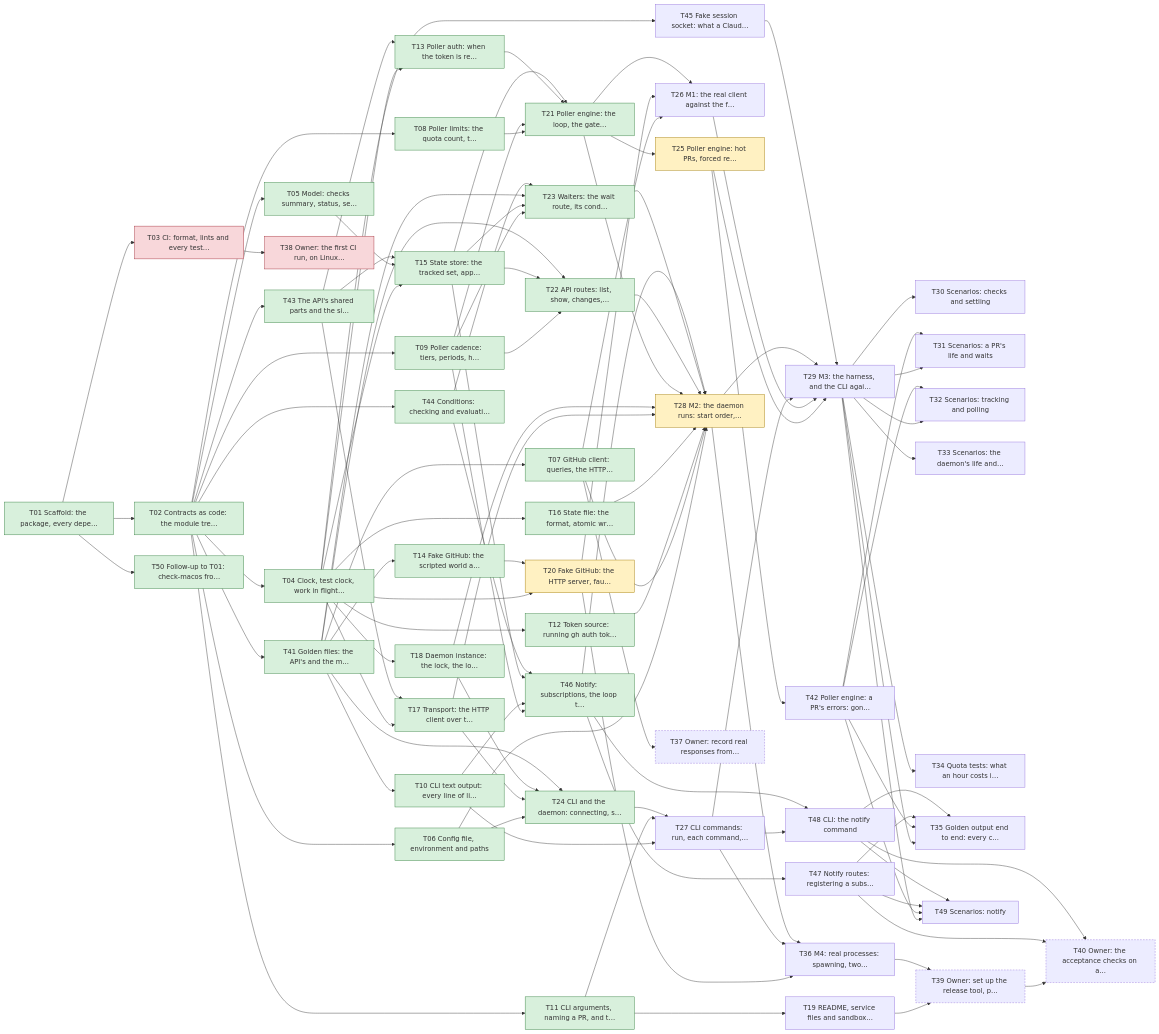
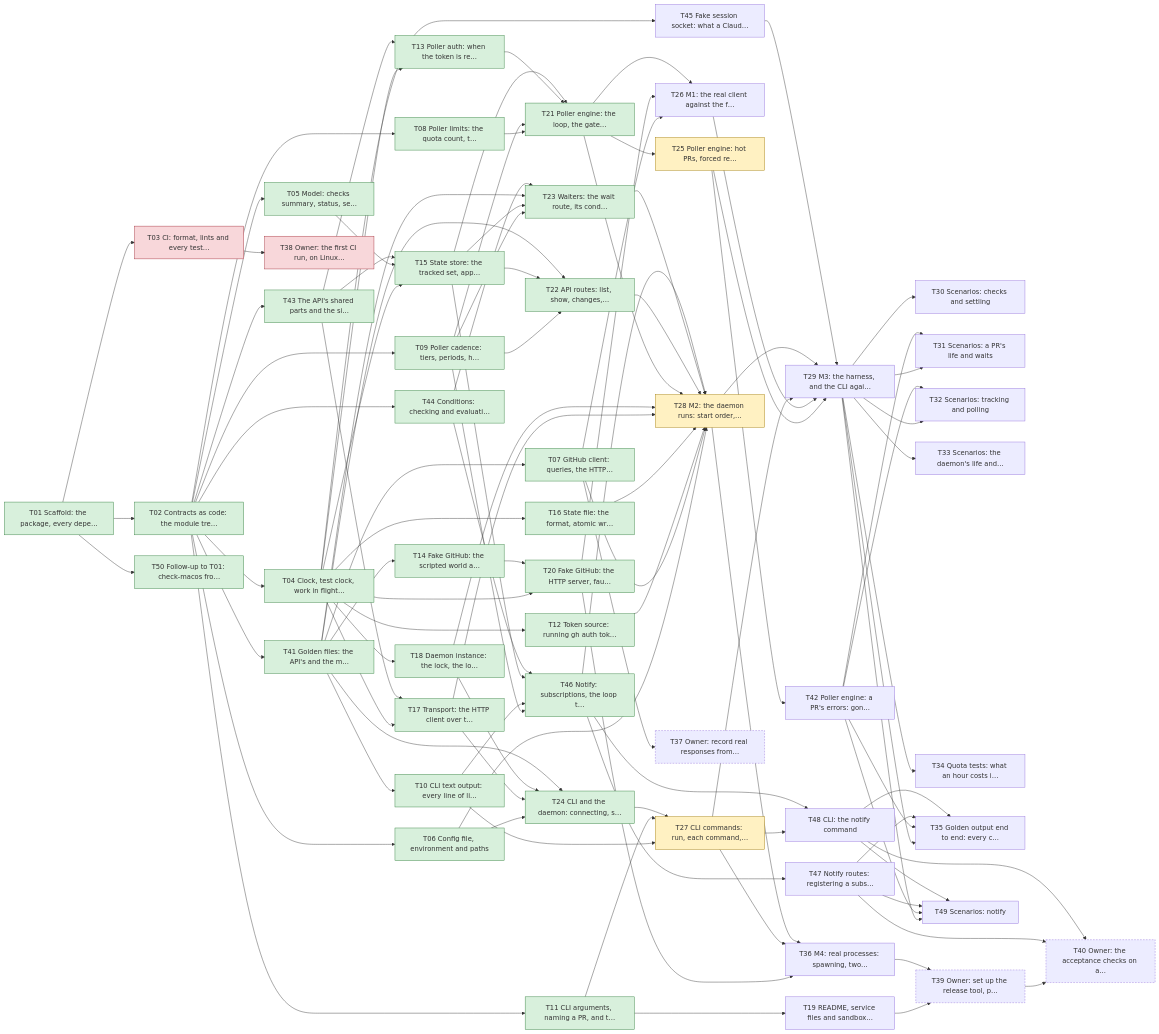
Before and after one commit to yachiko/circitor: the diagram in plan/README.md, drawn with Mermaid. The commit also changed other lines of this file and 3 other files, not shown here.

```diff
--- a/plan/README.md
+++ b/plan/README.md
@@ -156,14 +156,14 @@
   T17["T17 Transport: the HTTP client over t…"]:::done
   T18["T18 Daemon instance: the lock, the lo…"]:::done
   T19["T19 README, service files and sandbox…"]
-  T20["T20 Fake GitHub: the HTTP server, fau…"]:::active
+  T20["T20 Fake GitHub: the HTTP server, fau…"]:::done
   T21["T21 Poller engine: the loop, the gate…"]:::done
   T22["T22 API routes: list, show, changes,…"]:::done
   T23["T23 Waiters: the wait route, its cond…"]:::done
   T24["T24 CLI and the daemon: connecting, s…"]:::done
   T25["T25 Poller engine: hot PRs, forced re…"]:::active
   T26["T26 M1: the real client against the f…"]
-  T27["T27 CLI commands: run, each command,…"]
+  T27["T27 CLI commands: run, each command,…"]:::active
   T28["T28 M2: the daemon runs: start order,…"]:::active
   T29["T29 M3: the harness, and the CLI agai…"]
   T30["T30 Scenarios: checks and settling"]
```
